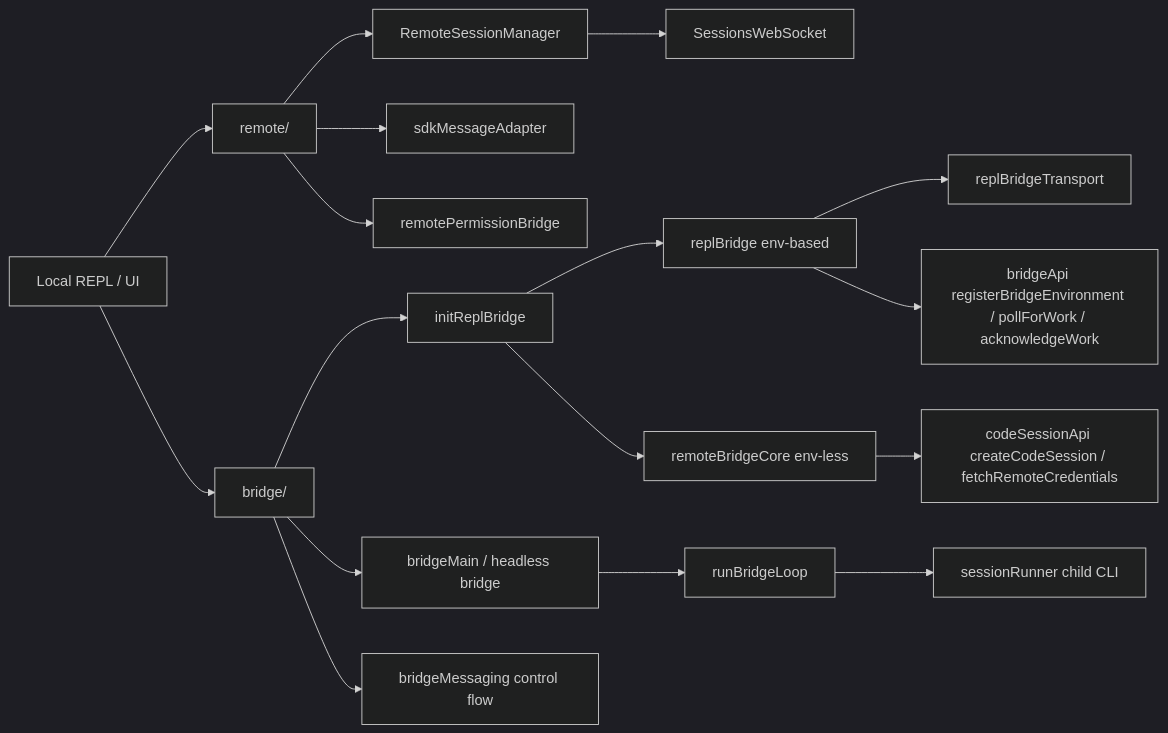
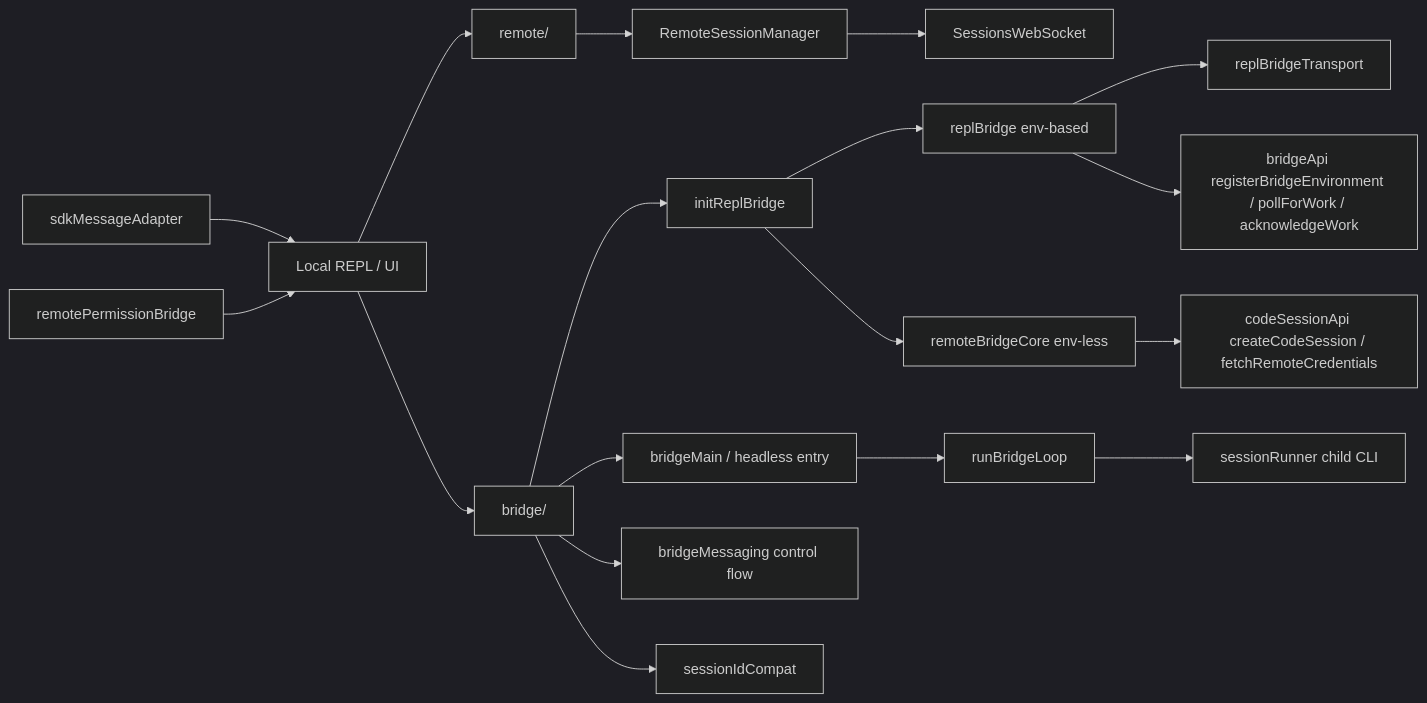
Before and after one commit to Boulea7/ClaudeCode-Source-DeepDive: the diagram in MODULES/07-remote-session-bridge-and-sdk/DEEP/README.md, drawn with Mermaid (dark theme). The commit also changed other lines of this file and 13 other files, not shown here.

Commit message:
docs: polish architecture and remaining source-backed wording

````diff
--- a/MODULES/07-remote-session-bridge-and-sdk/DEEP/README.md
+++ b/MODULES/07-remote-session-bridge-and-sdk/DEEP/README.md
@@ -198,20 +199,21 @@
 ```mermaid
 flowchart LR
     A[Local REPL / UI] --> B[remote/]
     B --> C[RemoteSessionManager]
     C --> D[SessionsWebSocket]
-    B --> E[sdkMessageAdapter]
-    B --> F[remotePermissionBridge]
+    E[sdkMessageAdapter] --> A
+    F[remotePermissionBridge] --> A
 
     A --> G[bridge/]
     G --> H[initReplBridge]
     H --> I[replBridge env-based]
     H --> J[remoteBridgeCore env-less]
     I --> N[replBridgeTransport]
     I --> K[bridgeApi registerBridgeEnvironment / pollForWork / acknowledgeWork]
     J --> L[codeSessionApi createCodeSession / fetchRemoteCredentials]
-    G --> M[bridgeMain / headless bridge]
+    G --> M[bridgeMain / headless entry]
     M --> O[runBridgeLoop]
     O --> P[sessionRunner child CLI]
     G --> Q[bridgeMessaging control flow]
+    G --> R[sessionIdCompat]
 ```
````
